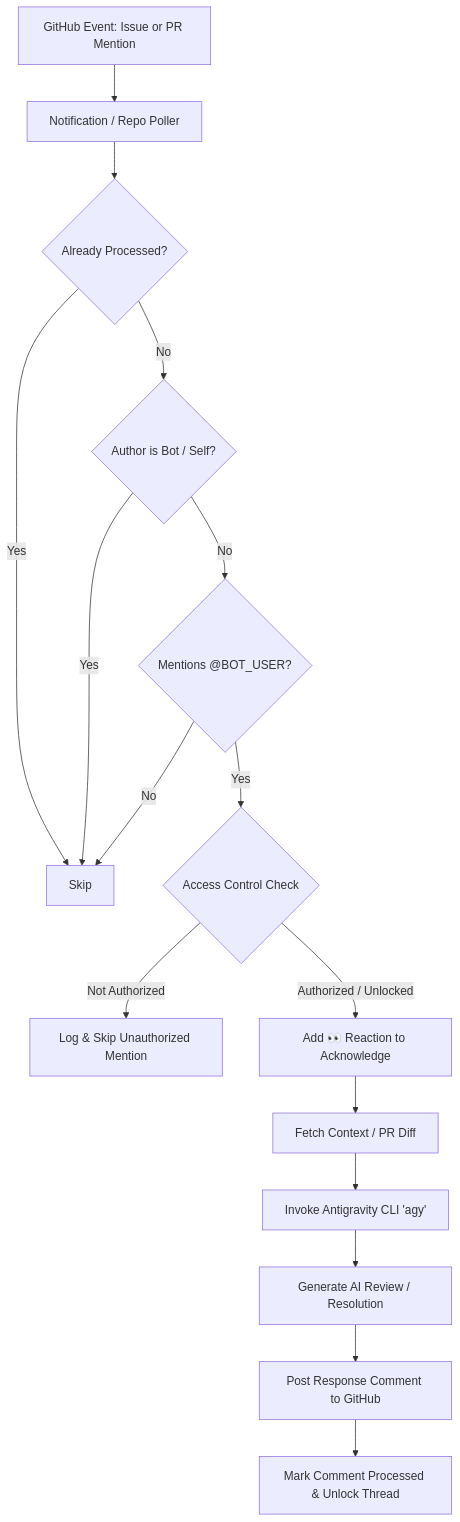
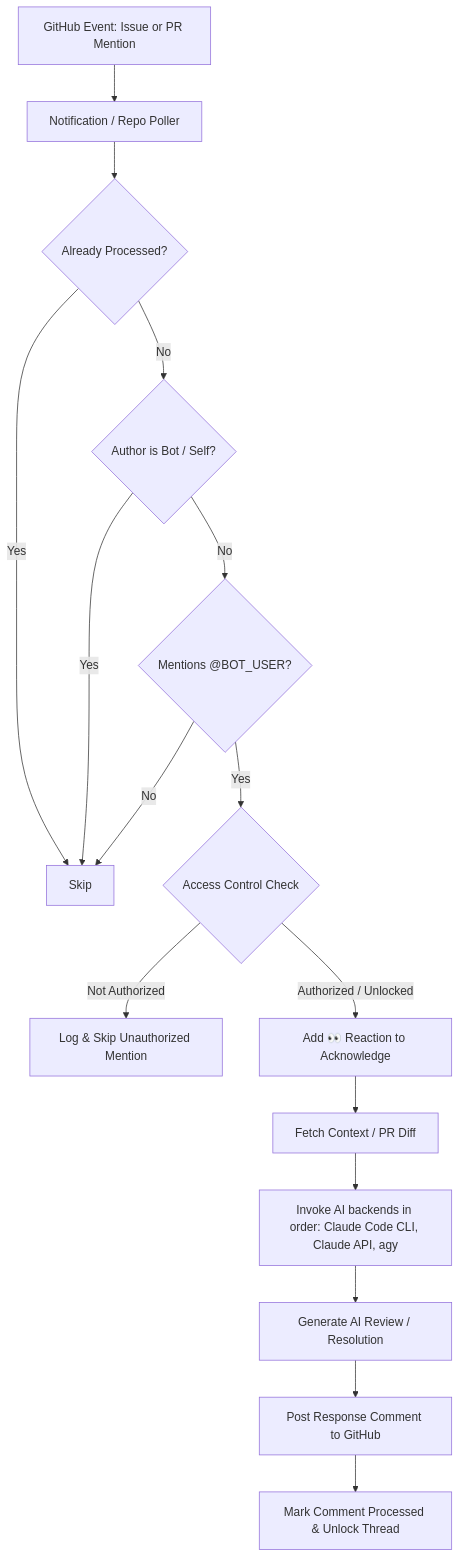
Before and after one commit to omswami2004/github-review-agent: the diagram in README.md, drawn with Mermaid. The commit also changed other lines of this file and 9 other files, not shown here.

First line of the commit message:
feat(review-agent): add Claude backends, setup script and activity dashboard

````diff
--- a/README.md
+++ b/README.md
@@ -9,18 +11,18 @@
 ```mermaid
 flowchart TD
     A[GitHub Event: Issue or PR Mention] --> B[Notification / Repo Poller]
     B --> C{Already Processed?}
     C -- Yes --> D[Skip]
     C -- No --> E{Author is Bot / Self?}
     E -- Yes --> D
     E -- No --> F{Mentions @BOT_USER?}
     F -- No --> D
     F -- Yes --> G{Access Control Check}
     G -- Not Authorized --> H[Log & Skip Unauthorized Mention]
     G -- Authorized / Unlocked --> I[Add 👀 Reaction to Acknowledge]
     I --> J[Fetch Context / PR Diff]
-    J --> K[Invoke Antigravity CLI 'agy']
+    J --> K[Invoke AI backends in order: Claude Code CLI, Claude API, agy]
     K --> L[Generate AI Review / Resolution]
     L --> M[Post Response Comment to GitHub]
     M --> N[Mark Comment Processed & Unlock Thread]
 ```
````
